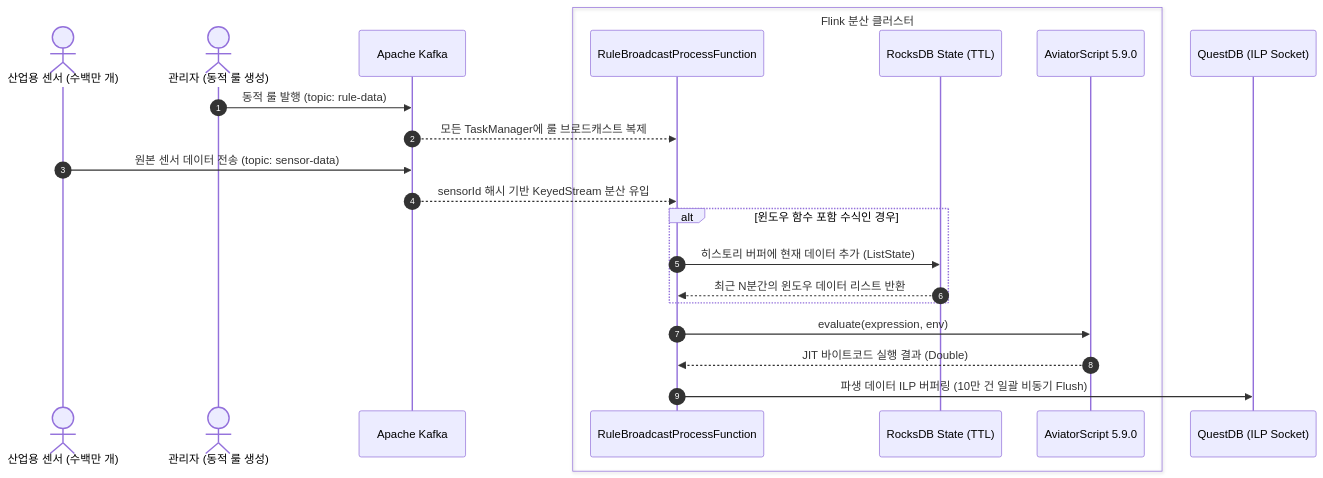
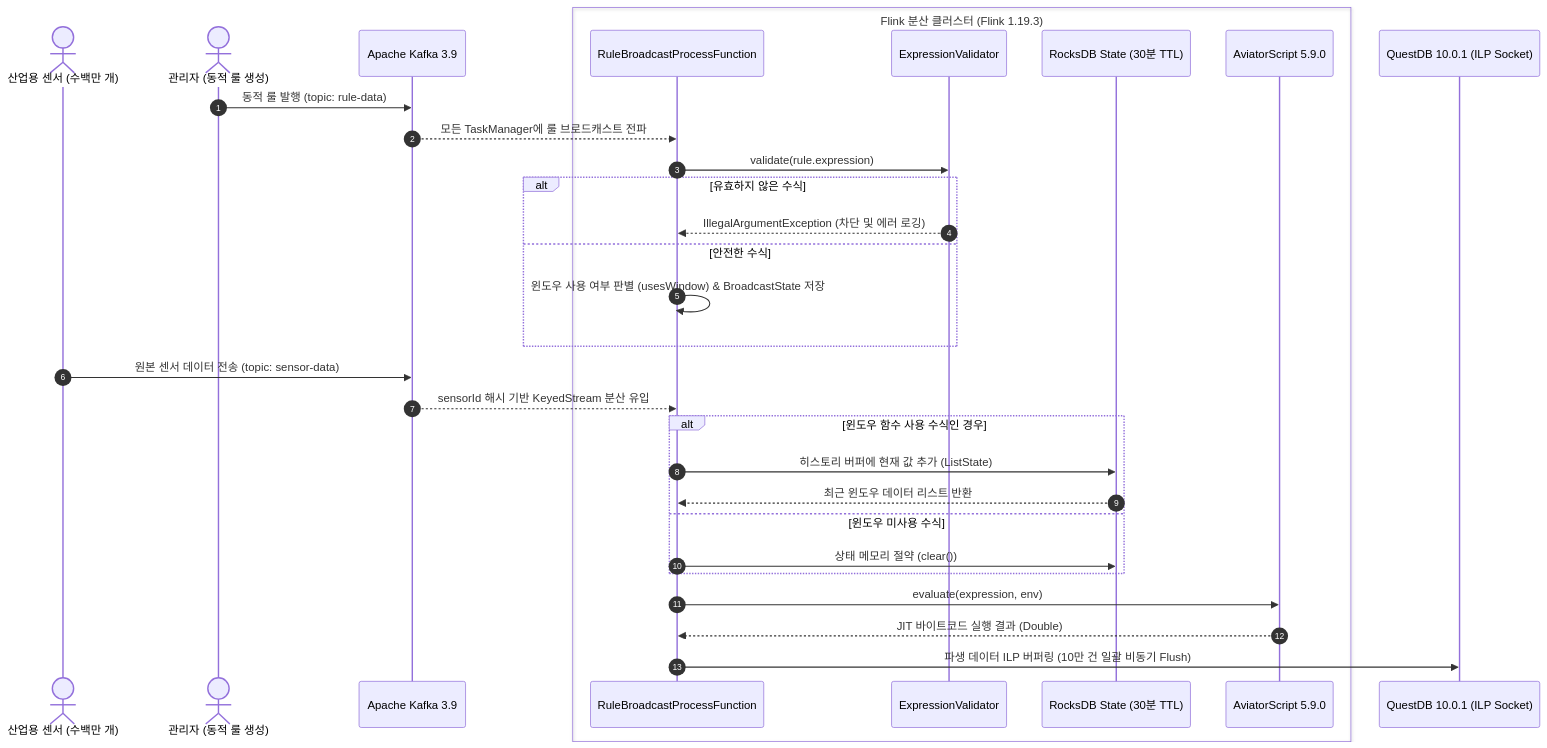
The fourth of 8 diagrams in ARCHITECTURE_GUIDE.md (imoil/formula-evaluator-service), drawn with Mermaid before and after one commit. The commit also changed other lines of this file and 4 other files, not shown here.

First line of the commit message:
docs: update architecture, README, GEMINI, and frontend/streaming guides

````diff
--- a/ARCHITECTURE_GUIDE.md
+++ b/ARCHITECTURE_GUIDE.md
@@ -173,29 +367,38 @@
 ```mermaid
 sequenceDiagram
     autonumber
     actor Sensor as 산업용 센서 (수백만 개)
     actor Admin as 관리자 (동적 룰 생성)
-    participant Kafka as Apache Kafka
-    box Flink 분산 클러스터
+    participant Kafka as Apache Kafka 3.9
+    box Flink 분산 클러스터 (Flink 1.19.3)
         participant BroadcastFn as RuleBroadcastProcessFunction
-        participant State as RocksDB State (TTL)
+        participant Validator as ExpressionValidator
+        participant State as RocksDB State (30분 TTL)
         participant Engine as AviatorScript 5.9.0
     end
-    participant QuestDB as QuestDB (ILP Socket)
+    participant QuestDB as QuestDB 10.0.1 (ILP Socket)
 
     Admin->>Kafka: 동적 룰 발행 (topic: rule-data)
-    Kafka-->>BroadcastFn: 모든 TaskManager에 룰 브로드캐스트 복제
-    
+    Kafka-->>BroadcastFn: 모든 TaskManager에 룰 브로드캐스트 전파
+    BroadcastFn->>Validator: validate(rule.expression)
+    alt 유효하지 않은 수식
+        Validator-->>BroadcastFn: IllegalArgumentException (차단 및 에러 로깅)
+    else 안전한 수식
+        BroadcastFn->>BroadcastFn: 윈도우 사용 여부 판별 (usesWindow) & BroadcastState 저장
+    end
+
     Sensor->>Kafka: 원본 센서 데이터 전송 (topic: sensor-data)
     Kafka-->>BroadcastFn: sensorId 해시 기반 KeyedStream 분산 유입
     
-    alt 윈도우 함수 포함 수식인 경우
-        BroadcastFn->>State: 히스토리 버퍼에 현재 데이터 추가 (ListState)
-        State-->>BroadcastFn: 최근 N분간의 윈도우 데이터 리스트 반환
+    alt 윈도우 함수 사용 수식인 경우
+        BroadcastFn->>State: 히스토리 버퍼에 현재 값 추가 (ListState)
+        State-->>BroadcastFn: 최근 윈도우 데이터 리스트 반환
+    else 윈도우 미사용 수식
+        BroadcastFn->>State: 상태 메모리 절약 (clear())
     end
 
     BroadcastFn->>Engine: evaluate(expression, env)
     Engine-->>BroadcastFn: JIT 바이트코드 실행 결과 (Double)
     
     BroadcastFn->>QuestDB: 파생 데이터 ILP 버퍼링 (10만 건 일괄 비동기 Flush)
 ```
````
